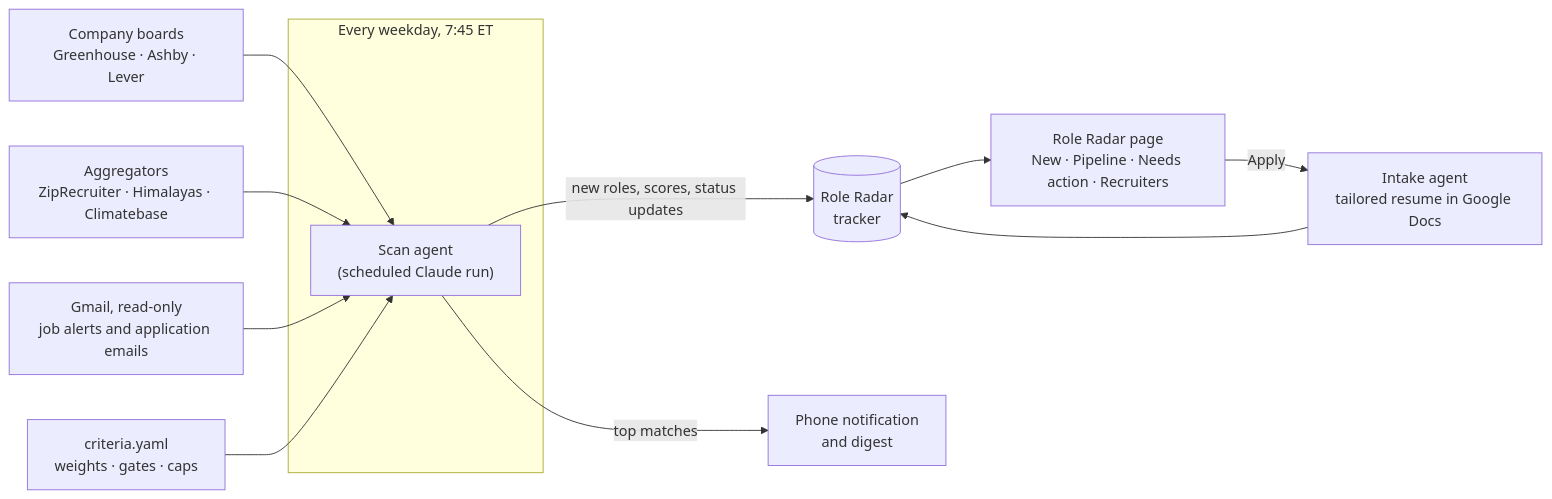
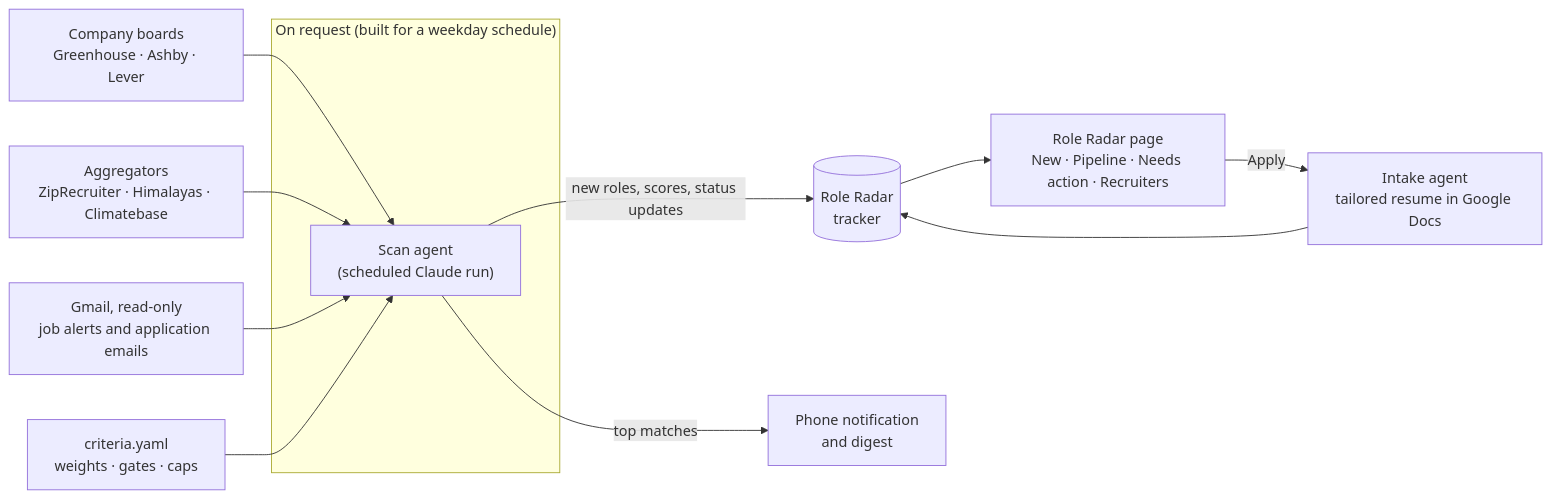
Before and after one commit to holroydchase-afk/role-radar: the diagram in README.md, drawn with Mermaid. The commit also changed other lines of this file and 1 other file, not shown here.

First line of the commit message:
README: say scans run on request, about 190 boards (site = repo truth)

````diff
--- a/README.md
+++ b/README.md
@@ -24,15 +24,15 @@
 ```mermaid
 flowchart LR
-  subgraph Morning["Every weekday, 7:45 ET"]
+  subgraph Morning["On request (built for a weekday schedule)"]
     S["Scan agent<br/>(scheduled Claude run)"]
   end
   B["Company boards<br/>Greenhouse · Ashby · Lever"] --> S
   Z["Aggregators<br/>ZipRecruiter · Himalayas · Climatebase"] --> S
   G["Gmail, read-only<br/>job alerts and application emails"] --> S
   C["criteria.yaml<br/>weights · gates · caps"] --> S
   S -->|"new roles, scores, status updates"| DB[("Role Radar<br/>tracker")]
   S -->|"top matches"| P["Phone notification<br/>and digest"]
   DB --> UI["Role Radar page<br/>New · Pipeline · Needs action · Recruiters"]
   UI -->|"Apply"| I["Intake agent<br/>tailored resume in Google Docs"]
   I --> DB
 ```
````
